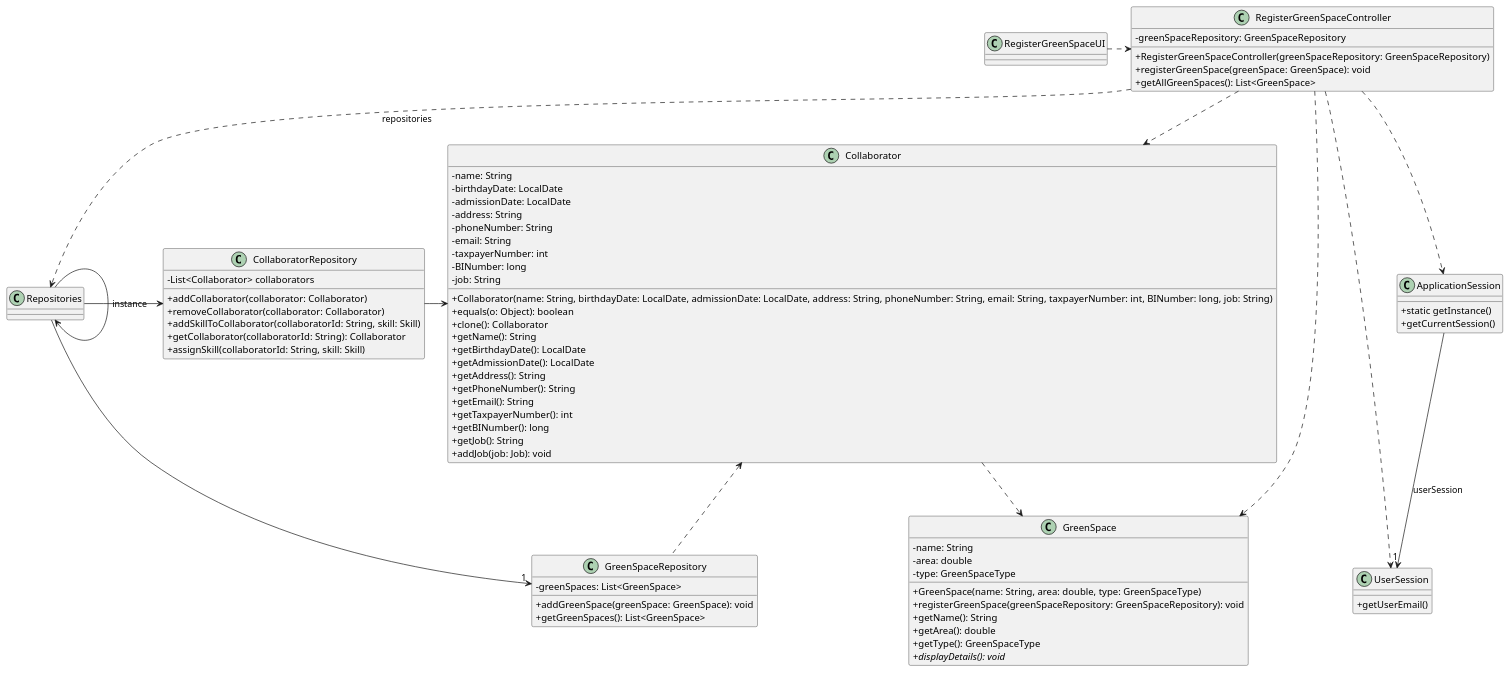
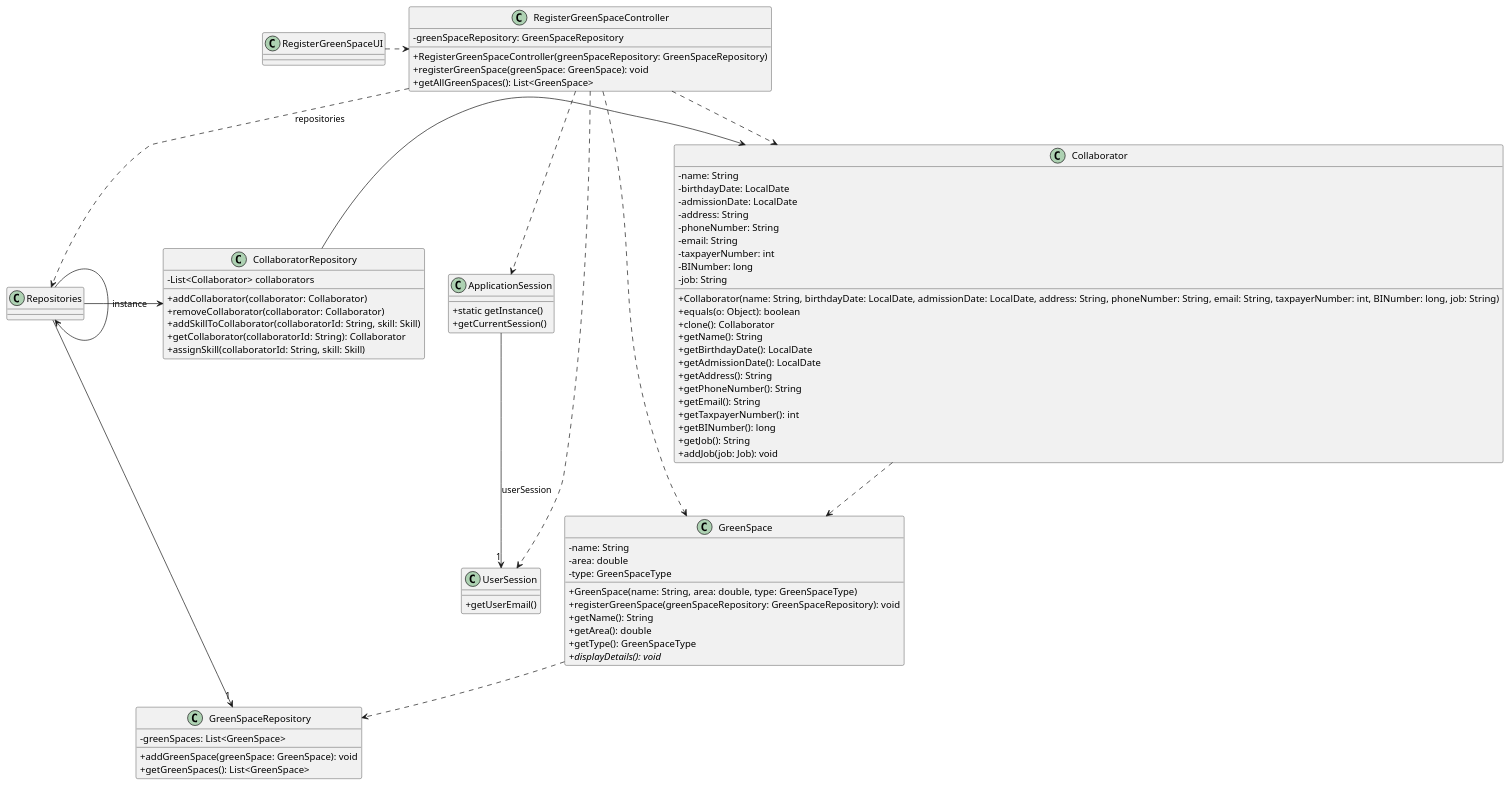
Before and after one commit to Departamento-de-Engenharia-Informatica/greenspace-management: the diagram in docs/sprintC/us020/03.design/puml/us020-class-diagram.puml, drawn with PlantUML. The commit also changed 5 other files, not shown here.

```diff
--- a/docs/sprintC/us020/03.design/puml/us020-class-diagram.puml
+++ b/docs/sprintC/us020/03.design/puml/us020-class-diagram.puml
@@ -1,112 +1,112 @@
 @startuml
 
 'skinparam monochrome true
 skinparam packageStyle rectangle
 skinparam shadowing false
 skinparam linetype polyline
 skinparam linetype orto
 
 skinparam classAttributeIconSize 0
 
 'left to right direction
 
 class ApplicationSession
 {
     + static getInstance()
     + getCurrentSession()
 }
 
 class UserSession
 {
     + getUserEmail()
 }
 
 class GreenSpace {
     - name: String
     - area: double
     - type: GreenSpaceType
 
     + GreenSpace(name: String, area: double, type: GreenSpaceType)
     + registerGreenSpace(greenSpaceRepository: GreenSpaceRepository): void
     + getName(): String
     + getArea(): double
     + getType(): GreenSpaceType
     {abstract} + displayDetails(): void
 }
 
 class Collaborator {
     - name: String
     - birthdayDate: LocalDate
     - admissionDate: LocalDate
     - address: String
     - phoneNumber: String
     - email: String
     - taxpayerNumber: int
     - BINumber: long
     - job: String
     + Collaborator(name: String, birthdayDate: LocalDate, admissionDate: LocalDate, address: String, phoneNumber: String, email: String, taxpayerNumber: int, BINumber: long, job: String)
     + equals(o: Object): boolean
     + clone(): Collaborator
     + getName(): String
     + getBirthdayDate(): LocalDate
     + getAdmissionDate(): LocalDate
     + getAddress(): String
     + getPhoneNumber(): String
     + getEmail(): String
     + getTaxpayerNumber(): int
     + getBINumber(): long
     + getJob(): String
     + addJob(job: Job): void
 }
 
 class CollaboratorRepository {
     - List<Collaborator> collaborators
 
     + addCollaborator(collaborator: Collaborator)
     + removeCollaborator(collaborator: Collaborator)
     + addSkillToCollaborator(collaboratorId: String, skill: Skill)
     + getCollaborator(collaboratorId: String): Collaborator
     + assignSkill(collaboratorId: String, skill: Skill)
 }
 
 class GreenSpaceRepository {
     - greenSpaces: List<GreenSpace>
 
     + addGreenSpace(greenSpace: GreenSpace): void
     + getGreenSpaces(): List<GreenSpace>
 }
 
 class RegisterGreenSpaceController {
     - greenSpaceRepository: GreenSpaceRepository
 
     + RegisterGreenSpaceController(greenSpaceRepository: GreenSpaceRepository)
     + registerGreenSpace(greenSpace: GreenSpace): void
     + getAllGreenSpaces(): List<GreenSpace>
 }
 
 
 ApplicationSession --> "1" UserSession : userSession
 
 RegisterGreenSpaceController ..> ApplicationSession
 RegisterGreenSpaceController ..> UserSession
 
 Repositories -> Repositories : instance
 
 RegisterGreenSpaceUI .> RegisterGreenSpaceController
 
 RegisterGreenSpaceController .> Repositories : repositories
 
 Repositories -> "1" GreenSpaceRepository
 Repositories -> CollaboratorRepository
 CollaboratorRepository-> Collaborator
 
 Collaborator ..> GreenSpace
 RegisterGreenSpaceController ..> Collaborator
-Collaborator <.. GreenSpaceRepository
+
 RegisterGreenSpaceController ..> GreenSpace
-
+GreenSpace ..> GreenSpaceRepository
 
 ' Legenda
 
 
 @enduml
```
